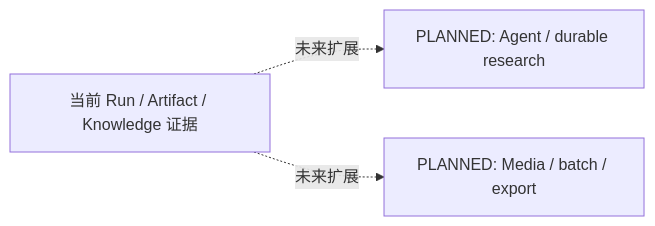
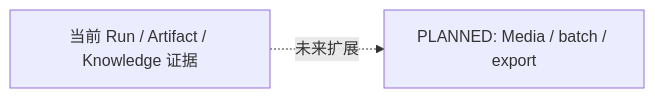
The fourth of 11 diagrams in docs/ARCHITECTURE.md (yorzi/rubyllm-workbench), drawn with Mermaid before and after one commit. The commit also changed other lines of this file and 41 other files, not shown here.

Commit message:
feat: add durable saved agent runs

````diff
--- a/docs/ARCHITECTURE.md
+++ b/docs/ARCHITECTURE.md
@@ -298,6 +322,5 @@
 ```mermaid
 flowchart LR
     Current["当前 Run / Artifact / Knowledge 证据"]
-    Current -. "未来扩展" .-> Agent["PLANNED: Agent / durable research"]
     Current -. "未来扩展" .-> Media["PLANNED: Media / batch / export"]
 ```
````
